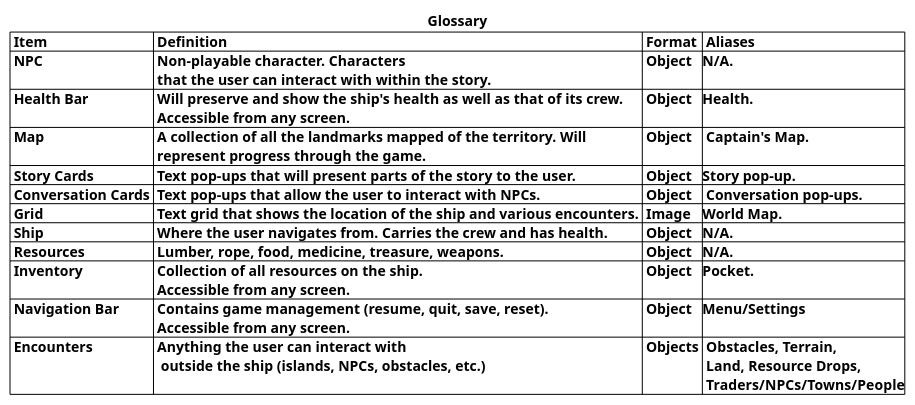
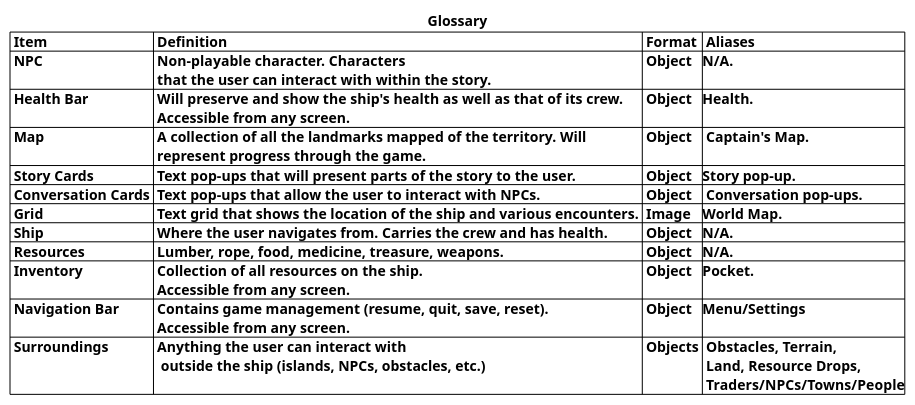
One commit to emutchek/MaraudersAtSea changed the diagram in CMPU_203_PirateGame/doc/glossary.md. Above: the diagram before and after it, drawn with PlantUML. The commit also changed 1 other file, not shown here.

Commit message:
SHIVER ME TIMBERS! Updated domain model and glossary.

````diff
--- a/CMPU_203_PirateGame/doc/glossary.md
+++ b/CMPU_203_PirateGame/doc/glossary.md
@@ -3,21 +3,21 @@
 ```PlantUML
 @startuml 
 skinparam titleFontSize 14
 title
 Glossary
 |= Item|= Definition |= Format |= Aliases |
 | NPC | Non-playable character. Characters \n that the user can interact with within the story.| Object |N/A. |
 | Health Bar | Will preserve and show the ship's health as well as that of its crew. \n Accessible from any screen.| Object |Health. |
 | Map | A collection of all the landmarks mapped of the territory. Will \n represent progress through the game. | Object | Captain's Map. |
 | Story Cards | Text pop-ups that will present parts of the story to the user. | Object |Story pop-up. |
 | Conversation Cards | Text pop-ups that allow the user to interact with NPCs.| Object | Conversation pop-ups. |
 | Grid | Text grid that shows the location of the ship and various encounters. | Image |World Map. |
 | Ship | Where the user navigates from. Carries the crew and has health. | Object |N/A. |
 | Resources | Lumber, rope, food, medicine, treasure, weapons. | Object |N/A. |
 | Inventory | Collection of all resources on the ship. \n Accessible from any screen.| Object |Pocket. |
 | Navigation Bar | Contains game management (resume, quit, save, reset). \n Accessible from any screen.| Object |Menu/Settings |
-| Encounters | Anything the user can interact with \n  outside the ship (islands, NPCs, obstacles, etc.) | Objects | Obstacles, Terrain, \n Land, Resource Drops, \n Traders/NPCs/Towns/People|
+| Surroundings | Anything the user can interact with \n  outside the ship (islands, NPCs, obstacles, etc.) | Objects | Obstacles, Terrain, \n Land, Resource Drops, \n Traders/NPCs/Towns/People|
 end title
 
 @enduml
 ```
````
